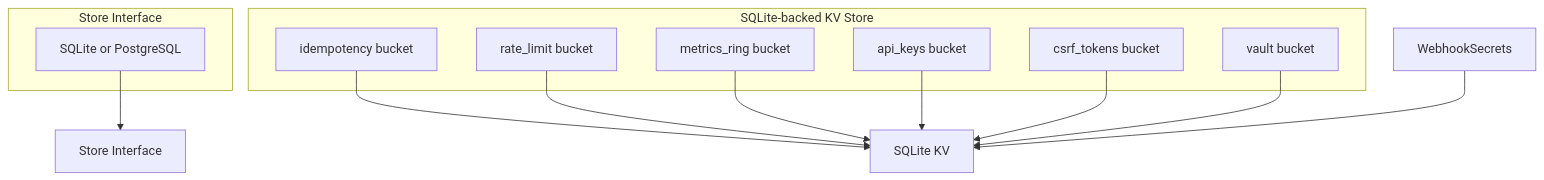
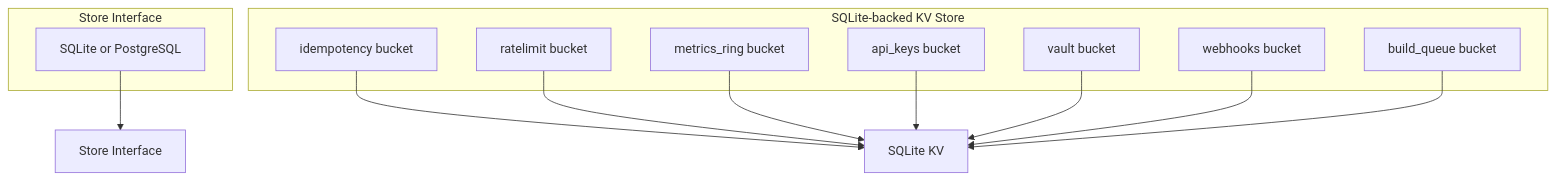
One commit to deploy-monster/deploy-monster changed the fifth of 11 diagrams in ARCHITECTURE.md. Above: the diagram before and after it, drawn with Mermaid. The commit also changed other lines of this file and 6 other files, not shown here.

Commit message:
docs: refresh architecture references

````diff
--- a/ARCHITECTURE.md
+++ b/ARCHITECTURE.md
@@ -570,24 +570,25 @@
 ```mermaid
 graph TB
     subgraph "Store Interface"
         SQL["SQLite or PostgreSQL"]
     end
     
     subgraph "SQLite-backed KV Store"
         Idempotency["idempotency bucket"]
-        RateLimit["rate_limit bucket"]
+        RateLimit["ratelimit bucket"]
         Metrics["metrics_ring bucket"]
         APIKeys["api_keys bucket"]
-        CSRF["csrf_tokens bucket"]
         Vault["vault bucket"]
+        WebhookSecrets["webhooks bucket"]
+        BuildQueue["build_queue bucket"]
     end
     
     SQL --> Store["Store Interface"]
     Idempotency --> KV["SQLite KV"]
     RateLimit --> KV
     Metrics --> KV
     APIKeys --> KV
-    CSRF --> KV
     Vault --> KV
     WebhookSecrets --> KV
+    BuildQueue --> KV
 ```
````
